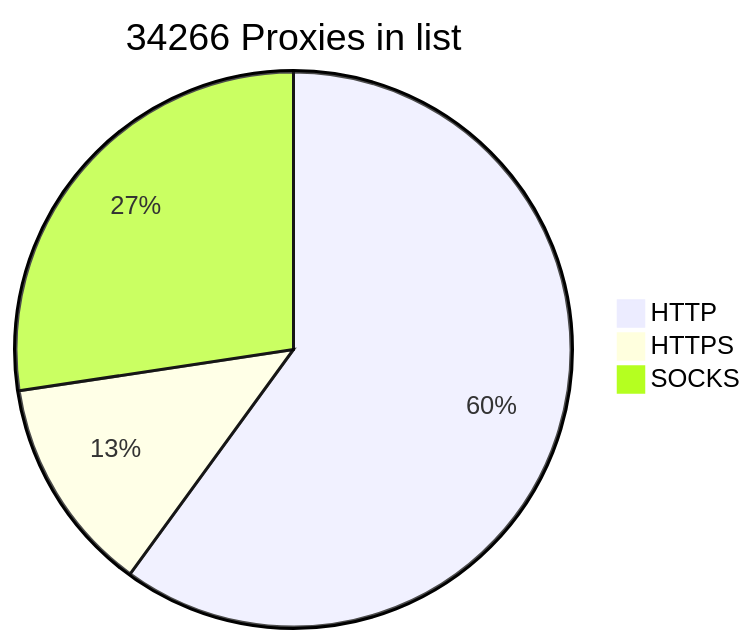
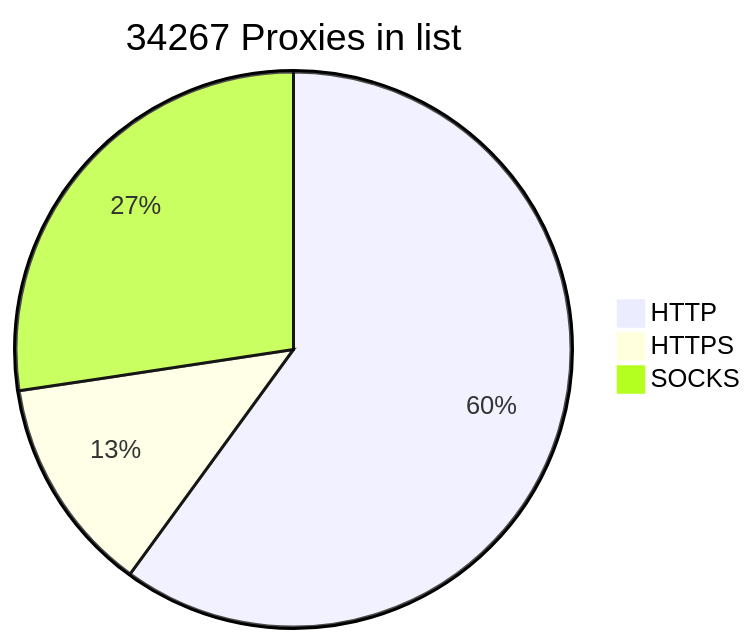
One commit to BlackSnowDot/proxylist-update-every-minute changed the diagram in README.md. Above: the diagram before and after it, drawn with Mermaid.

````diff
--- a/README.md
+++ b/README.md
@@ -2,6 +2,6 @@
 ```mermaid
-pie title 34266 Proxies in list
+pie title 34267 Proxies in list
     "HTTP" : 22780
     "HTTPS": 4785
-    "SOCKS" : 10392
+    "SOCKS" : 10393
 ```
````
